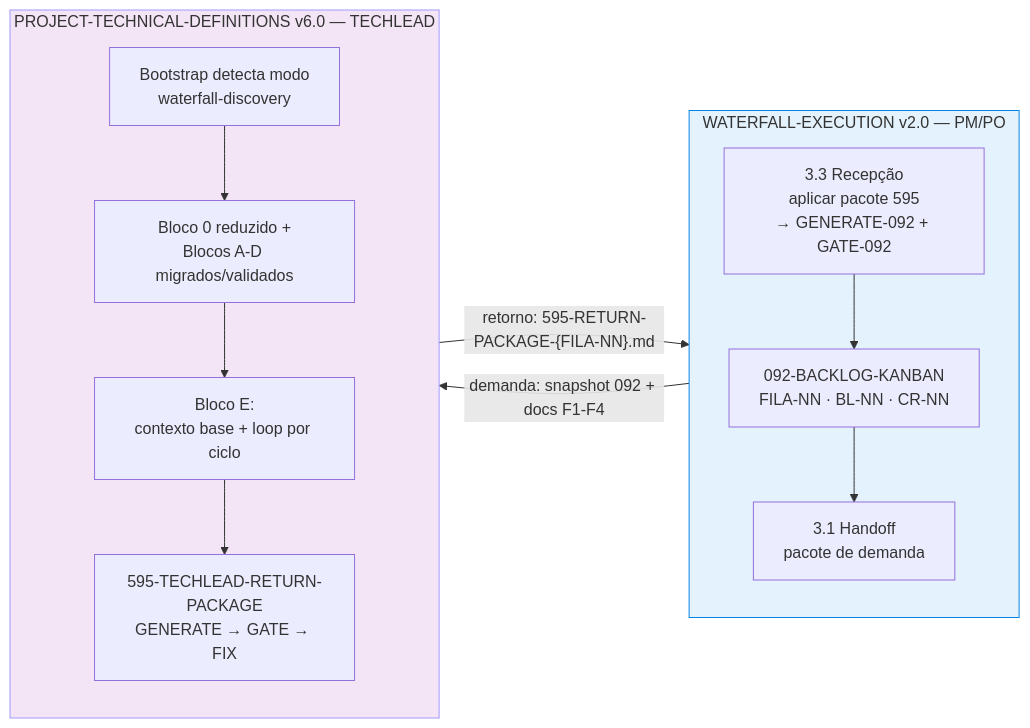
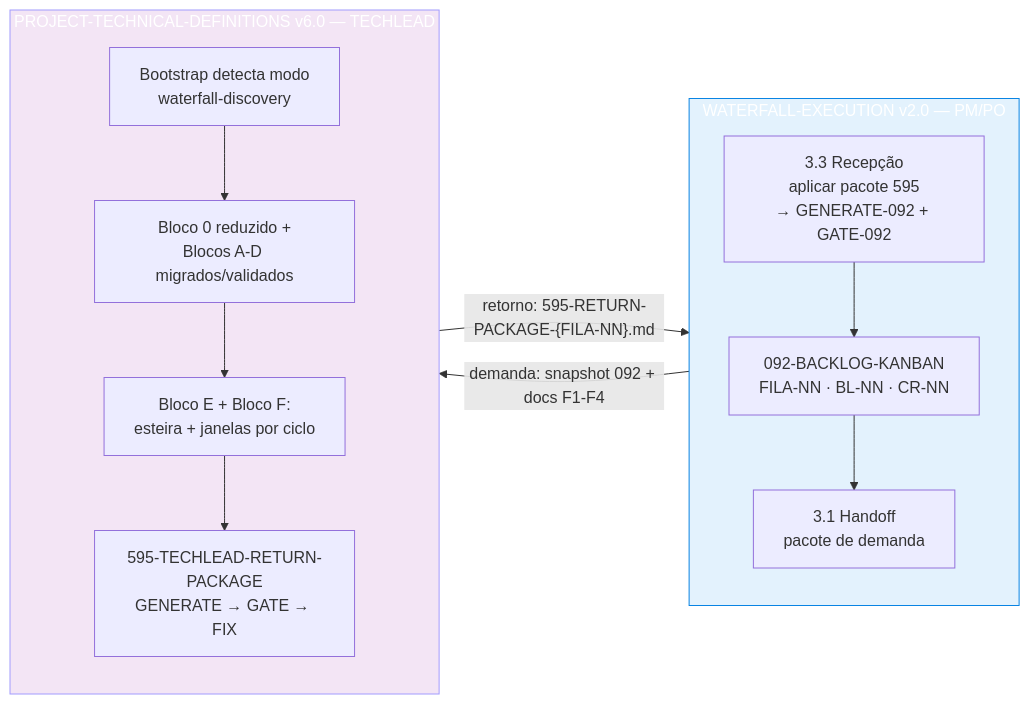
Before and after one commit to bolismar69/workspace-fbso: the tenth of 11 diagrams in .specs/prompts/project-technical-definitions/FLOWCHART-PROMPT-ROADMAP-GENERATE-PROJECT-TECHNICAL-DEFINITIONS.md, drawn with Mermaid. The commit also changed other lines of this file and 6 other files, not shown here.

First line of the commit message:
feat: fase 3 janelas — consistência global (EXECUTION v2.1, master v3.1/39 docs/118 prompts, 3 flowcharts)

````diff
--- a/.specs/prompts/project-technical-definitions/FLOWCHART-PROMPT-ROADMAP-GENERATE-PROJECT-TECHNICAL-DEFINITIONS.md
+++ b/.specs/prompts/project-technical-definitions/FLOWCHART-PROMPT-ROADMAP-GENERATE-PROJECT-TECHNICAL-DEFINITIONS.md
@@ -910,21 +918,21 @@
 ```mermaid
 flowchart LR
     subgraph PMPO[WATERFALL-EXECUTION v2.0 — PM/PO]
         direction TB
         P1[092-BACKLOG-KANBAN<br/>FILA-NN · BL-NN · CR-NN] --> P2[3.1 Handoff<br/>pacote de demanda]
         P4[3.3 Recepção<br/>aplicar pacote 595<br/>→ GENERATE-092 + GATE-092] --> P1
     end
 
     subgraph TECHLEAD[PROJECT-TECHNICAL-DEFINITIONS v6.0 — TECHLEAD]
         direction TB
         T0[Bootstrap detecta modo<br/>waterfall-discovery] --> T1[Bloco 0 reduzido +<br/>Blocos A-D migrados/validados]
-        T1 --> T2[Bloco E:<br/>contexto base + loop por ciclo]
+        T1 --> T2[Bloco E + Bloco F:<br/>esteira + janelas por ciclo]
         T2 --> T3[595-TECHLEAD-RETURN-PACKAGE<br/>GENERATE → GATE → FIX]
     end
 
     P2 -->|"demanda: snapshot 092 + docs F1-F4"| TECHLEAD
     T3 -->|"retorno: 595-RETURN-PACKAGE-{FILA-NN}.md"| P4
 
-    style PMPO fill:#e3f2fd,stroke:#0984e3
-    style TECHLEAD fill:#f3e5f5,stroke:#a29bfe
+    style PMPO fill:#e3f2fd,stroke:#0984e3,color:#ffffff
+    style TECHLEAD fill:#f3e5f5,stroke:#a29bfe,color:#ffffff
 ```
````
